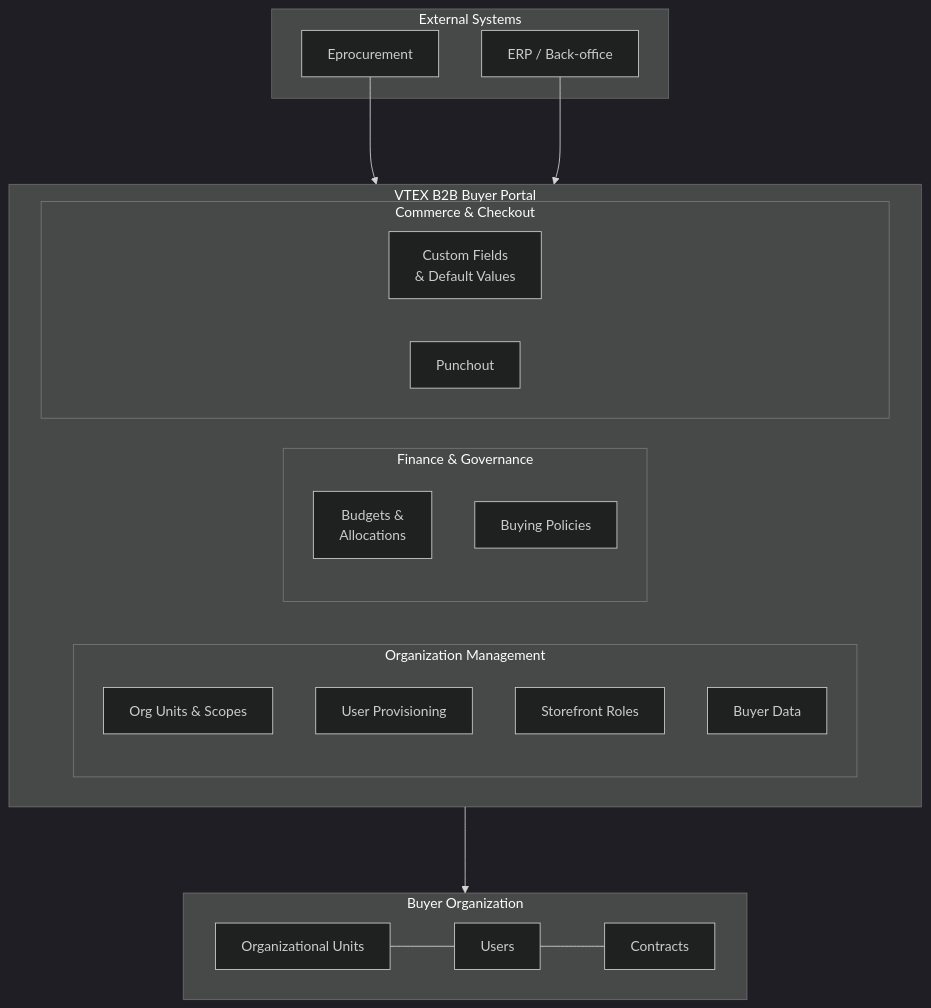
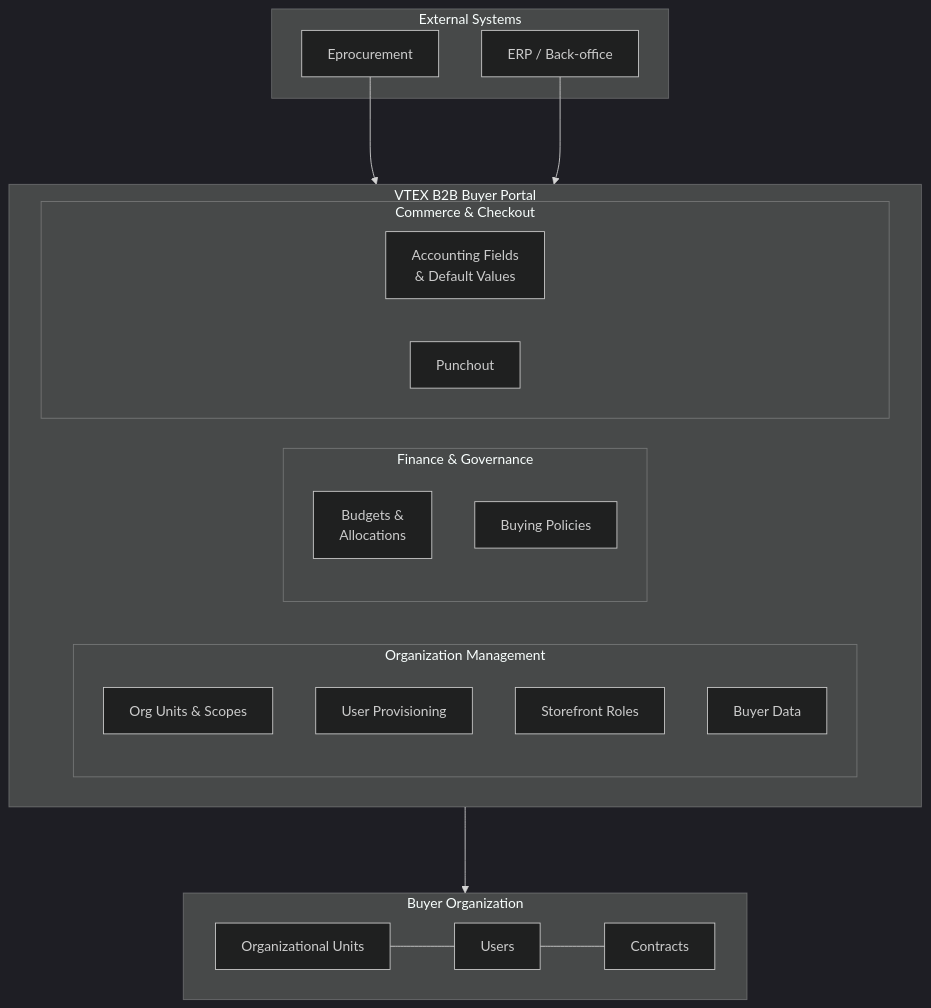
The diagram in docs/guides/b2b/b2b-buyer-portal/b2b-buyer-portal-integration-overview.md (vtexdocs/dev-portal-content), drawn with Mermaid (dark theme) before and after one commit. The commit also changed other lines of this file, not shown here.

````diff
--- a/docs/guides/b2b/b2b-buyer-portal/b2b-buyer-portal-integration-overview.md
+++ b/docs/guides/b2b/b2b-buyer-portal/b2b-buyer-portal-integration-overview.md
@@ -50,34 +50,34 @@
 ```mermaid
 flowchart TB
     subgraph External["External Systems"]
         ERP["ERP / Back-office"]
         PROC["Eprocurement"]
     end
 
     subgraph APIs["VTEX B2B Buyer Portal"]
         direction LR
         subgraph OM["Organization Management"]
             OU["Org Units & Scopes"]
             UP["User Provisioning"]
             SR["Storefront Roles"]
             BD["Buyer Data"]
         end
         subgraph FG["Finance & Governance"]
             BU["Budgets &<br/>Allocations"]
             BP["Buying Policies"]
         end
         subgraph CC["Commerce & Checkout"]
-            CF["Custom Fields<br/>& Default Values"]
+            CF["Accounting Fields<br/>& Default Values"]
             PO["Punchout"]
         end
     end
 
     subgraph Org["Buyer Organization"]
         direction LR
         Units["Organizational Units"] --- Users["Users"] --- Contracts["Contracts"]
     end
 
     ERP ---> APIs
     PROC ---> PO
     APIs ---> Org
 ```
````
